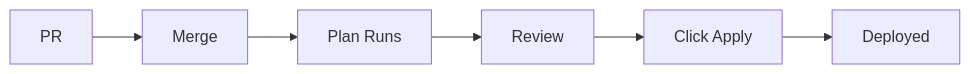
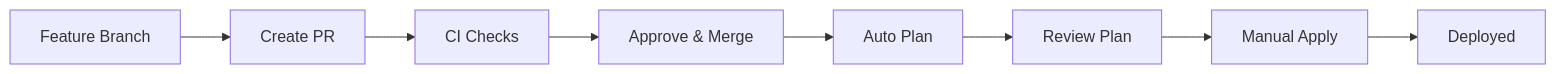
The diagram in docs/architecture.md (gamaware/aws-organization-governance), drawn with Mermaid before and after one commit. The commit also changed other lines of this file and 1 other file, not shown here.

````diff
--- a/docs/architecture.md
+++ b/docs/architecture.md
@@ -75,8 +97,10 @@
 ```mermaid
 graph LR
-    A[PR] --> B[Merge]
-    B --> C[Plan Runs]
-    C --> D[Review]
-    D --> E[Click Apply]
-    E --> F[Deployed]
+    A[Feature Branch] --> B[Create PR]
+    B --> C[CI Checks]
+    C --> D[Approve & Merge]
+    D --> E[Auto Plan]
+    E --> F[Review Plan]
+    F --> G[Manual Apply]
+    G --> H[Deployed]
 ```
````
